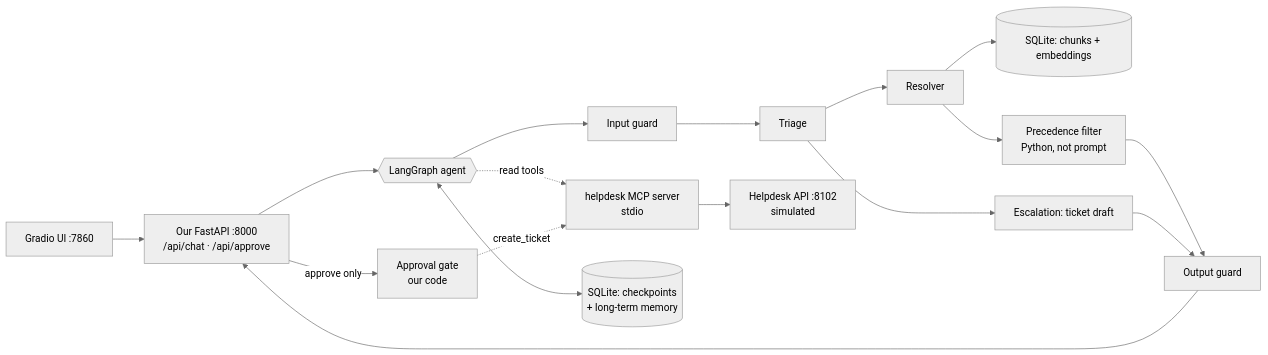
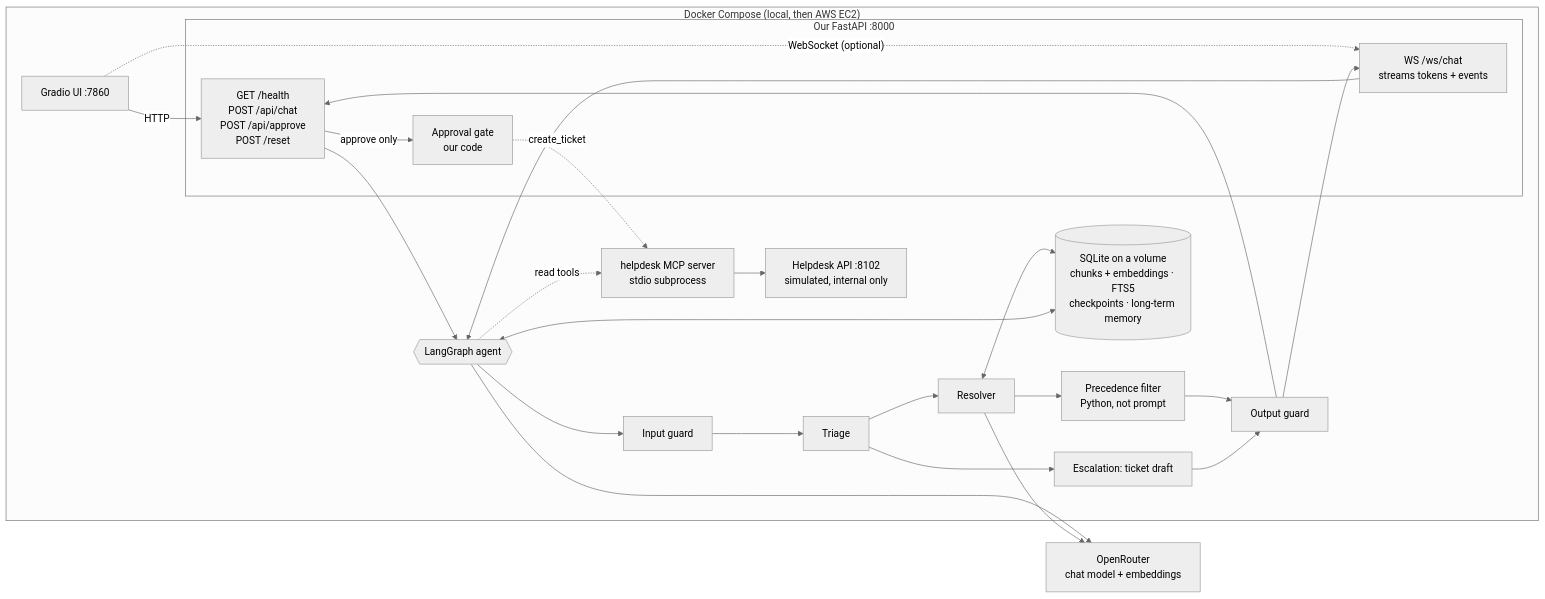
One commit to DianaAtieh/it-helpdesk-agent changed the diagram in DESIGN.md. Above: the diagram before and after it, drawn with Mermaid (neutral theme). The commit also changed other lines of this file, not shown here.

Commit message:
Show full stack in architecture sketch

````diff
--- a/DESIGN.md
+++ b/DESIGN.md
@@ -15,19 +15,38 @@
 ```mermaid
 flowchart LR
-    UI[Gradio UI :7860] --> API[Our FastAPI :8000<br/>/api/chat · /api/approve]
-    API --> G{{LangGraph agent}}
-    G --> IG[Input guard]
-    IG --> T[Triage]
-    T --> R[Resolver]
-    R --> RAG[(SQLite: chunks + embeddings)]
-    R --> P[Precedence filter<br/>Python, not prompt]
-    P --> OG[Output guard]
-    T --> E[Escalation: ticket draft]
-    E --> OG
-    OG --> API
-    API -- "approve only" --> GATE[Approval gate<br/>our code]
-    G -. read tools .-> MCP[helpdesk MCP server<br/>stdio]
+    subgraph HOST["Docker Compose (local, then AWS EC2)"]
+        UI[Gradio UI :7860]
+        subgraph APP["Our FastAPI :8000"]
+            HTTP["GET /health<br/>POST /api/chat<br/>POST /api/approve<br/>POST /reset"]
+            WS["WS /ws/chat<br/>streams tokens + events"]
+            GATE[Approval gate<br/>our code]
+        end
+        G{{LangGraph agent}}
+        IG[Input guard] --> T[Triage]
+        T --> R[Resolver]
+        R --> P[Precedence filter<br/>Python, not prompt]
+        P --> OG[Output guard]
+        T --> E[Escalation: ticket draft]
+        E --> OG
+        DB[(SQLite on a volume<br/>chunks + embeddings · FTS5<br/>checkpoints · long-term memory)]
+        MCP[helpdesk MCP server<br/>stdio subprocess]
+        HD[Helpdesk API :8102<br/>simulated, internal only]
+    end
+    OR[OpenRouter<br/>chat model + embeddings]
+
+    UI -- HTTP --> HTTP
+    UI -. "WebSocket (optional)" .-> WS
+    HTTP --> G
+    WS --> G
+    G --> IG
+    OG --> HTTP
+    OG --> WS
+    R <--> DB
+    G <--> DB
+    G --> OR
+    R --> OR
+    G -. read tools .-> MCP
+    HTTP -- "approve only" --> GATE
     GATE -. create_ticket .-> MCP
-    MCP --> HD[Helpdesk API :8102<br/>simulated]
-    G <--> MEM[(SQLite: checkpoints<br/>+ long-term memory)]
+    MCP --> HD
 ```
````
